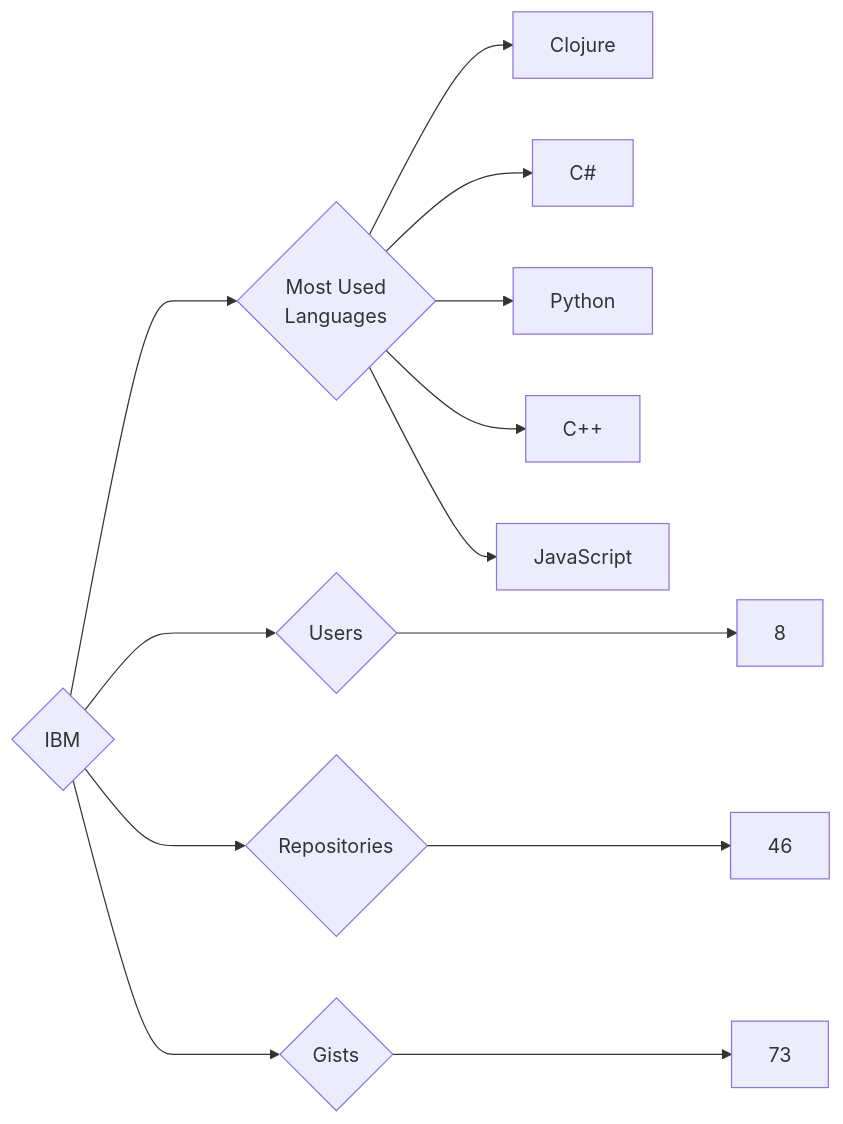
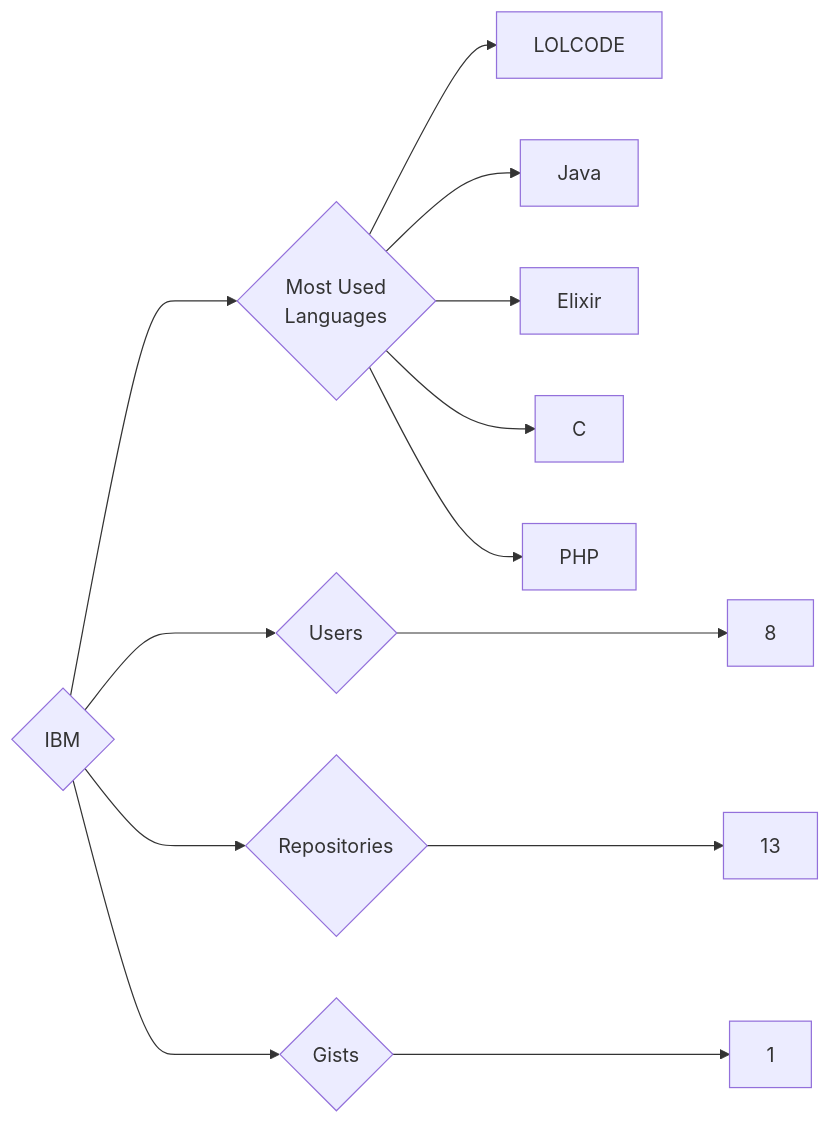
One commit to trickest/insiders changed the diagram in targets/IBM/README.md. Above: the diagram before and after it, drawn with Mermaid. The commit also changed 985 other files, not shown here.

````diff
--- a/targets/IBM/README.md
+++ b/targets/IBM/README.md
@@ -3,13 +3,13 @@
 ```mermaid
 graph LR
 COMPANY_NAME{IBM}
 COMPANY_NAME ---> U{Users} ---> UN[8]
-COMPANY_NAME ---> R{Repositories} ---> RN[46]
-COMPANY_NAME ---> G{Gists} ---> GN[73]
+COMPANY_NAME ---> R{Repositories} ---> RN[13]
+COMPANY_NAME ---> G{Gists} ---> GN[1]
 COMPANY_NAME ---> ML{Most Used<br>Languages}
-ML --> Clojure[Clojure]
-ML --> C#[C#]
-ML --> Python[Python]
-ML --> C++[C++]
-ML --> JavaScript[JavaScript]
+ML --> LOLCODE[LOLCODE]
+ML --> Java[Java]
+ML --> Elixir[Elixir]
+ML --> C[C]
+ML --> PHP[PHP]
 ```
````
